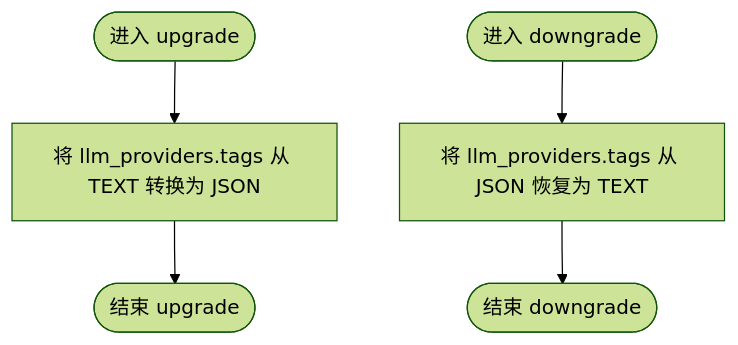
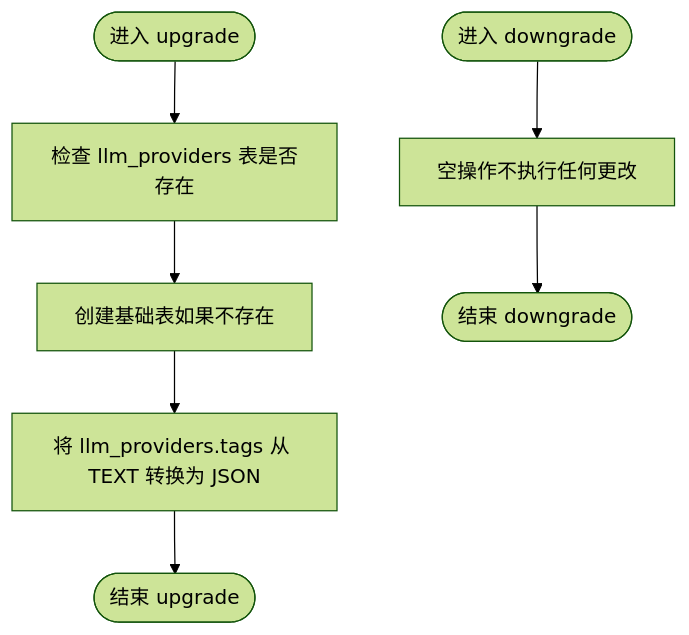
One commit to KunLabAI/KunFlix changed the third of 6 diagrams in .qoder/repowiki/zh/content/数据库设计/数据库迁移管理.md. Above: the diagram before and after it, drawn with Mermaid (forest theme). The commit also changed other lines of this file and 25 other files, not shown here.

````diff
--- a/.qoder/repowiki/zh/content/数据库设计/数据库迁移管理.md
+++ b/.qoder/repowiki/zh/content/数据库设计/数据库迁移管理.md
@@ -174,7 +225,9 @@
 ```mermaid
 flowchart TD
-Start(["进入 upgrade"]) --> AlterTags["将 llm_providers.tags 从 TEXT 转换为 JSON"]
+Start(["进入 upgrade"]) --> CheckTable["检查 llm_providers 表是否存在"]
+CheckTable --> CreateTable["创建基础表如果不存在"]
+CreateTable --> AlterTags["将 llm_providers.tags 从 TEXT 转换为 JSON"]
 AlterTags --> EndUp(["结束 upgrade"])
-DownStart(["进入 downgrade"]) --> RestoreTags["将 llm_providers.tags 从 JSON 恢复为 TEXT"]
-RestoreTags --> EndDown(["结束 downgrade"])
+DownStart(["进入 downgrade"]) --> PassDown["空操作不执行任何更改"]
+PassDown --> EndDown(["结束 downgrade"])
 ```
````
